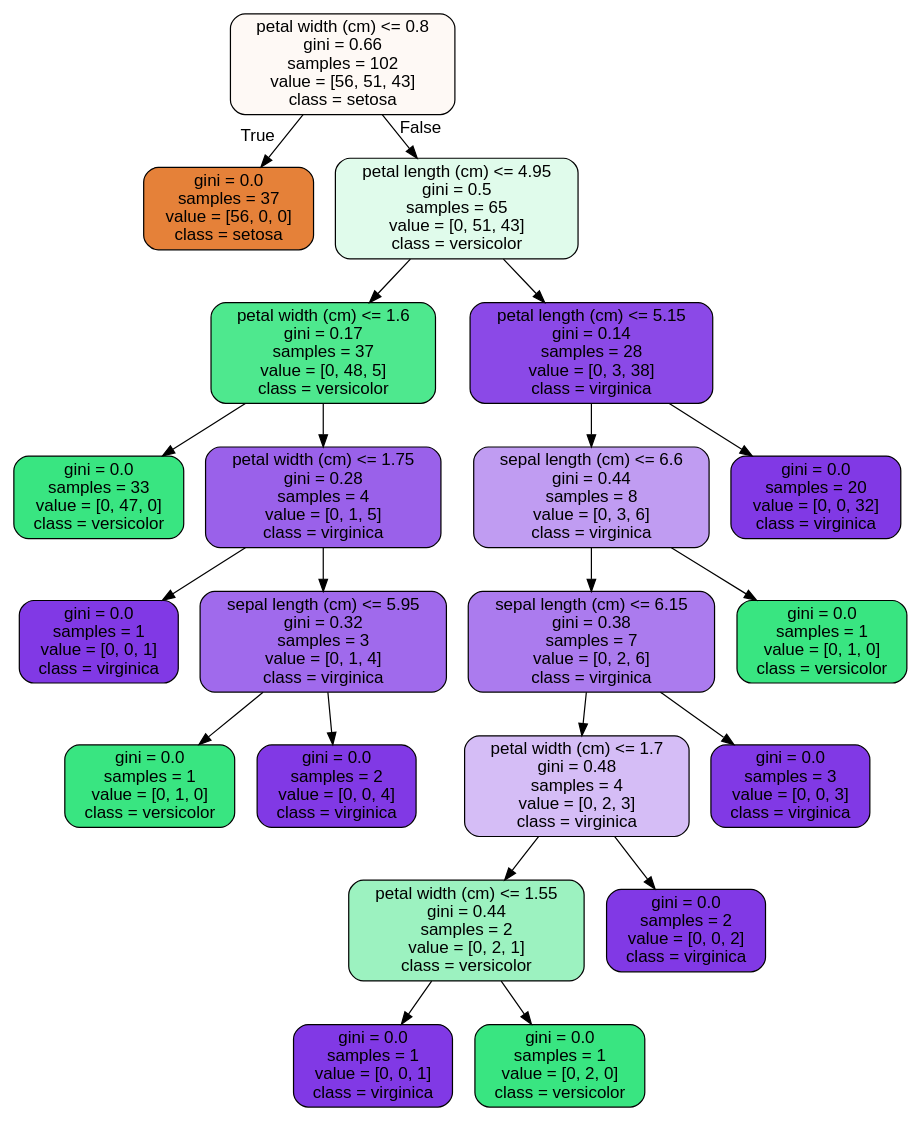
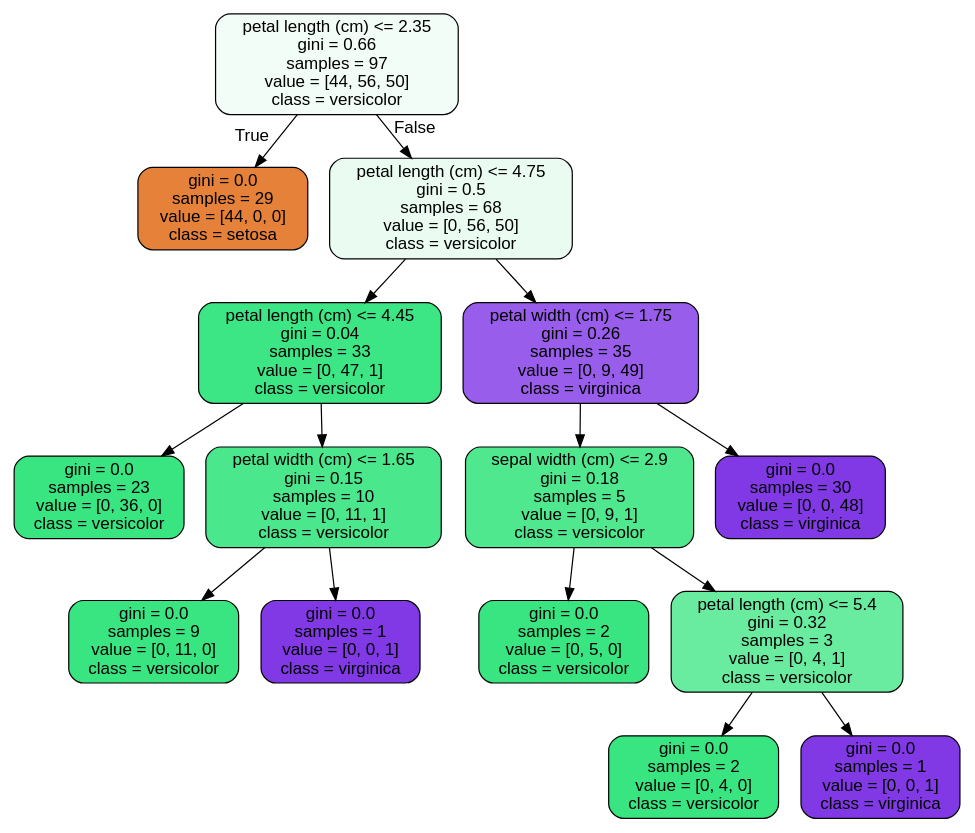
Before and after one commit to sangjun927/Springboard: the diagram in RandomForest Covid Case Study_06302020/tree.dot, drawn with Graphviz. The commit also changed 14 other files, not shown here.

```diff
--- a/RandomForest Covid Case Study_06302020/tree.dot
+++ b/RandomForest Covid Case Study_06302020/tree.dot
@@ -1,45 +1,33 @@
 digraph Tree {
 node [shape=box, style="filled, rounded", color="black", fontname="helvetica"] ;
 edge [fontname="helvetica"] ;
-0 [label="petal width (cm) <= 0.8\ngini = 0.66\nsamples = 102\nvalue = [56, 51, 43]\nclass = setosa", fillcolor="#fef9f5"] ;
-1 [label="gini = 0.0\nsamples = 37\nvalue = [56, 0, 0]\nclass = setosa", fillcolor="#e58139"] ;
+0 [label="petal length (cm) <= 2.35\ngini = 0.66\nsamples = 97\nvalue = [44, 56, 50]\nclass = versicolor", fillcolor="#f3fdf7"] ;
+1 [label="gini = 0.0\nsamples = 29\nvalue = [44, 0, 0]\nclass = setosa", fillcolor="#e58139"] ;
 0 -> 1 [labeldistance=2.5, labelangle=45, headlabel="True"] ;
-2 [label="petal length (cm) <= 4.95\ngini = 0.5\nsamples = 65\nvalue = [0, 51, 43]\nclass = versicolor", fillcolor="#e0fbeb"] ;
+2 [label="petal length (cm) <= 4.75\ngini = 0.5\nsamples = 68\nvalue = [0, 56, 50]\nclass = versicolor", fillcolor="#eafcf2"] ;
 0 -> 2 [labeldistance=2.5, labelangle=-45, headlabel="False"] ;
-3 [label="petal width (cm) <= 1.6\ngini = 0.17\nsamples = 37\nvalue = [0, 48, 5]\nclass = versicolor", fillcolor="#4ee88e"] ;
+3 [label="petal length (cm) <= 4.45\ngini = 0.04\nsamples = 33\nvalue = [0, 47, 1]\nclass = versicolor", fillcolor="#3de684"] ;
 2 -> 3 ;
-4 [label="gini = 0.0\nsamples = 33\nvalue = [0, 47, 0]\nclass = versicolor", fillcolor="#39e581"] ;
+4 [label="gini = 0.0\nsamples = 23\nvalue = [0, 36, 0]\nclass = versicolor", fillcolor="#39e581"] ;
 3 -> 4 ;
-5 [label="petal width (cm) <= 1.75\ngini = 0.28\nsamples = 4\nvalue = [0, 1, 5]\nclass = virginica", fillcolor="#9a61ea"] ;
+5 [label="petal width (cm) <= 1.65\ngini = 0.15\nsamples = 10\nvalue = [0, 11, 1]\nclass = versicolor", fillcolor="#4be78c"] ;
 3 -> 5 ;
-6 [label="gini = 0.0\nsamples = 1\nvalue = [0, 0, 1]\nclass = virginica", fillcolor="#8139e5"] ;
+6 [label="gini = 0.0\nsamples = 9\nvalue = [0, 11, 0]\nclass = versicolor", fillcolor="#39e581"] ;
 5 -> 6 ;
-7 [label="sepal length (cm) <= 5.95\ngini = 0.32\nsamples = 3\nvalue = [0, 1, 4]\nclass = virginica", fillcolor="#a06aec"] ;
+7 [label="gini = 0.0\nsamples = 1\nvalue = [0, 0, 1]\nclass = virginica", fillcolor="#8139e5"] ;
 5 -> 7 ;
-8 [label="gini = 0.0\nsamples = 1\nvalue = [0, 1, 0]\nclass = versicolor", fillcolor="#39e581"] ;
-7 -> 8 ;
-9 [label="gini = 0.0\nsamples = 2\nvalue = [0, 0, 4]\nclass = virginica", fillcolor="#8139e5"] ;
-7 -> 9 ;
-10 [label="petal length (cm) <= 5.15\ngini = 0.14\nsamples = 28\nvalue = [0, 3, 38]\nclass = virginica", fillcolor="#8b49e7"] ;
-2 -> 10 ;
-11 [label="sepal length (cm) <= 6.6\ngini = 0.44\nsamples = 8\nvalue = [0, 3, 6]\nclass = virginica", fillcolor="#c09cf2"] ;
-10 -> 11 ;
-12 [label="sepal length (cm) <= 6.15\ngini = 0.38\nsamples = 7\nvalue = [0, 2, 6]\nclass = virginica", fillcolor="#ab7bee"] ;
+8 [label="petal width (cm) <= 1.75\ngini = 0.26\nsamples = 35\nvalue = [0, 9, 49]\nclass = virginica", fillcolor="#985dea"] ;
+2 -> 8 ;
+9 [label="sepal width (cm) <= 2.9\ngini = 0.18\nsamples = 5\nvalue = [0, 9, 1]\nclass = versicolor", fillcolor="#4fe88f"] ;
+8 -> 9 ;
+10 [label="gini = 0.0\nsamples = 2\nvalue = [0, 5, 0]\nclass = versicolor", fillcolor="#39e581"] ;
+9 -> 10 ;
+11 [label="petal length (cm) <= 5.4\ngini = 0.32\nsamples = 3\nvalue = [0, 4, 1]\nclass = versicolor", fillcolor="#6aeca0"] ;
+9 -> 11 ;
+12 [label="gini = 0.0\nsamples = 2\nvalue = [0, 4, 0]\nclass = versicolor", fillcolor="#39e581"] ;
 11 -> 12 ;
-13 [label="petal width (cm) <= 1.7\ngini = 0.48\nsamples = 4\nvalue = [0, 2, 3]\nclass = virginica", fillcolor="#d5bdf6"] ;
-12 -> 13 ;
-14 [label="petal width (cm) <= 1.55\ngini = 0.44\nsamples = 2\nvalue = [0, 2, 1]\nclass = versicolor", fillcolor="#9cf2c0"] ;
-13 -> 14 ;
-15 [label="gini = 0.0\nsamples = 1\nvalue = [0, 0, 1]\nclass = virginica", fillcolor="#8139e5"] ;
-14 -> 15 ;
-16 [label="gini = 0.0\nsamples = 1\nvalue = [0, 2, 0]\nclass = versicolor", fillcolor="#39e581"] ;
-14 -> 16 ;
-17 [label="gini = 0.0\nsamples = 2\nvalue = [0, 0, 2]\nclass = virginica", fillcolor="#8139e5"] ;
-13 -> 17 ;
-18 [label="gini = 0.0\nsamples = 3\nvalue = [0, 0, 3]\nclass = virginica", fillcolor="#8139e5"] ;
-12 -> 18 ;
-19 [label="gini = 0.0\nsamples = 1\nvalue = [0, 1, 0]\nclass = versicolor", fillcolor="#39e581"] ;
-11 -> 19 ;
-20 [label="gini = 0.0\nsamples = 20\nvalue = [0, 0, 32]\nclass = virginica", fillcolor="#8139e5"] ;
-10 -> 20 ;
+13 [label="gini = 0.0\nsamples = 1\nvalue = [0, 0, 1]\nclass = virginica", fillcolor="#8139e5"] ;
+11 -> 13 ;
+14 [label="gini = 0.0\nsamples = 30\nvalue = [0, 0, 48]\nclass = virginica", fillcolor="#8139e5"] ;
+8 -> 14 ;
 }
```
